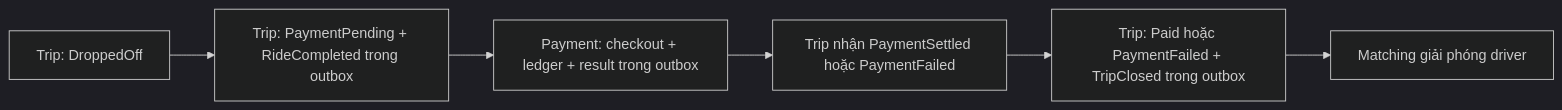
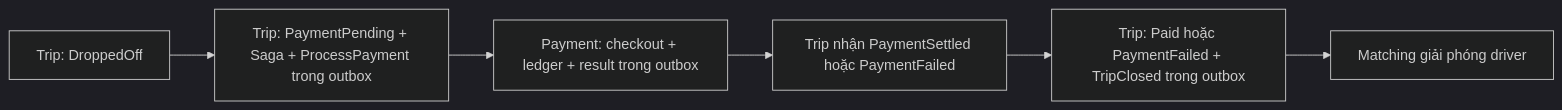
The first of 2 diagrams in docs/SAGA-VA-BOI-THUONG-THANH-TOAN.md (viehoanqq/SwiftRide), drawn with Mermaid (dark theme) before and after one commit. The commit also changed other lines of this file and 2 other files, not shown here.

Commit message:
docs(messaging): document saga flow and log new events

````diff
--- a/docs/SAGA-VA-BOI-THUONG-THANH-TOAN.md
+++ b/docs/SAGA-VA-BOI-THUONG-THANH-TOAN.md
@@ -13,8 +13,8 @@
 ```mermaid
 flowchart LR
-    A[Trip: DroppedOff] --> B[Trip: PaymentPending + RideCompleted trong outbox]
+    A[Trip: DroppedOff] --> B[Trip: PaymentPending + Saga + ProcessPayment trong outbox]
     B --> C[Payment: checkout + ledger + result trong outbox]
     C --> D[Trip nhận PaymentSettled hoặc PaymentFailed]
     D --> E[Trip: Paid hoặc PaymentFailed + TripClosed trong outbox]
     E --> F[Matching giải phóng driver]
 ```
````
